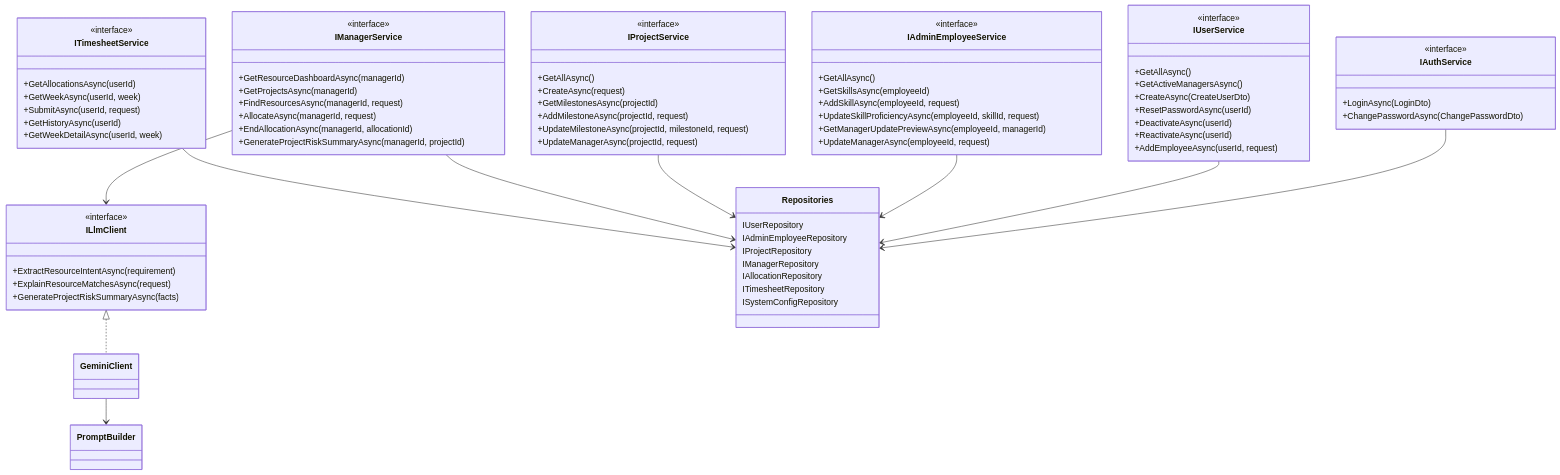
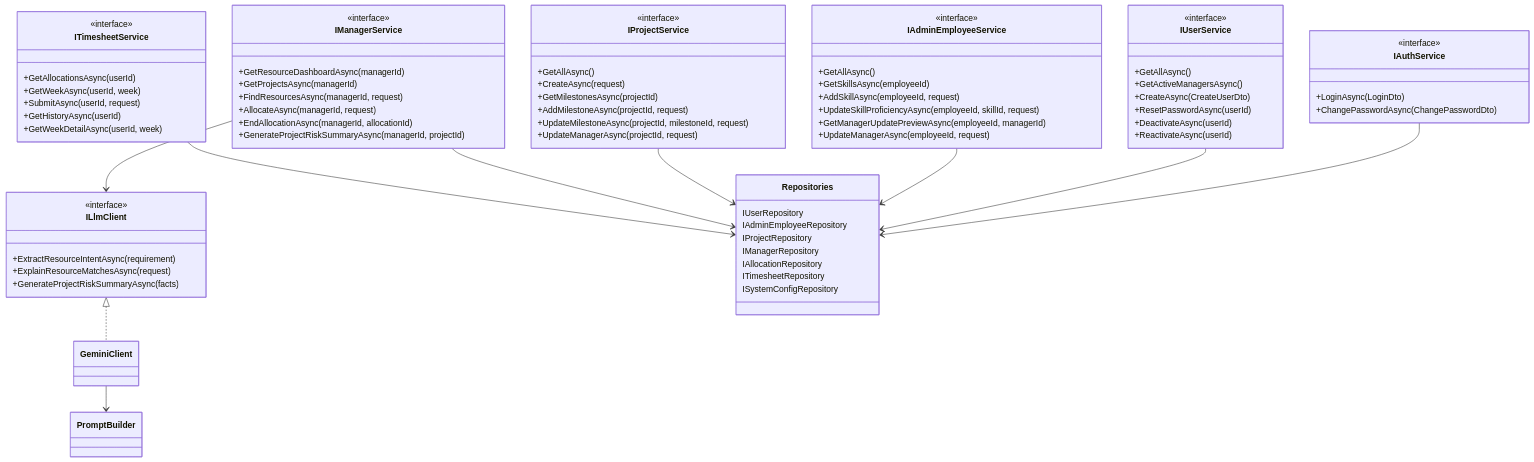
One commit to AayushGargITT/AayushGarg-LearnCode-2025-26 changed the fifth of 17 diagrams in ResourceMindAi/readme.md. Above: the diagram before and after it, drawn with Mermaid. The commit also changed other lines of this file and 47 other files, not shown here.

```diff
--- a/ResourceMindAi/readme.md
+++ b/ResourceMindAi/readme.md
@@ -259,7 +259,6 @@
         +ResetPasswordAsync(userId)
         +DeactivateAsync(userId)
         +ReactivateAsync(userId)
-        +AddEmployeeAsync(userId, request)
     }
 
     class IAdminEmployeeService {
```
